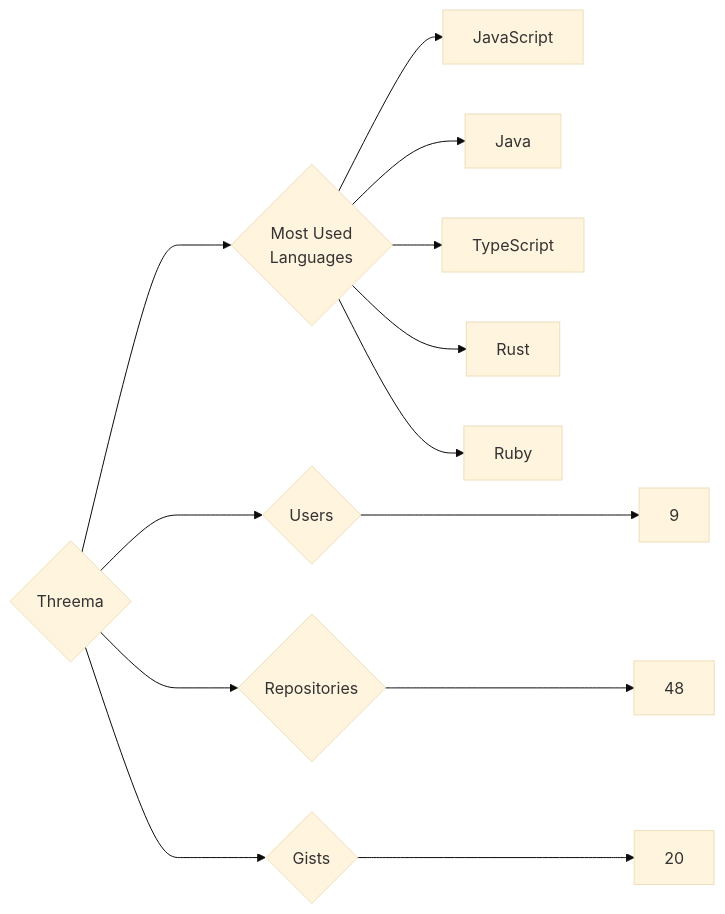
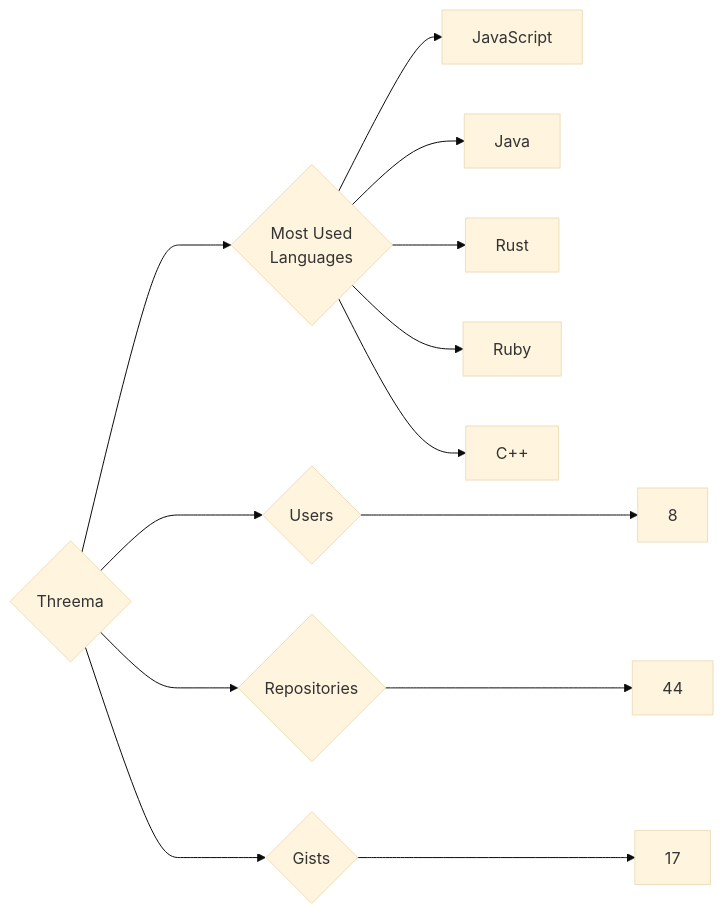
One commit to trickest/insiders changed the diagram in targets/Threema/README.md. Above: the diagram before and after it, drawn with Mermaid (base theme). The commit also changed 1508 other files, not shown here.

````diff
--- a/targets/Threema/README.md
+++ b/targets/Threema/README.md
@@ -3,13 +3,13 @@
 ```mermaid
 graph LR
 COMPANY_NAME{Threema}
-COMPANY_NAME ---> U{Users} ---> UN[9]
-COMPANY_NAME ---> R{Repositories} ---> RN[48]
-COMPANY_NAME ---> G{Gists} ---> GN[20]
+COMPANY_NAME ---> U{Users} ---> UN[8]
+COMPANY_NAME ---> R{Repositories} ---> RN[44]
+COMPANY_NAME ---> G{Gists} ---> GN[17]
 COMPANY_NAME ---> ML{Most Used<br>Languages}
 ML --> JavaScript[JavaScript]
 ML --> Java[Java]
-ML --> TypeScript[TypeScript]
 ML --> Rust[Rust]
 ML --> Ruby[Ruby]
+ML --> C++[C++]
 ```
````
